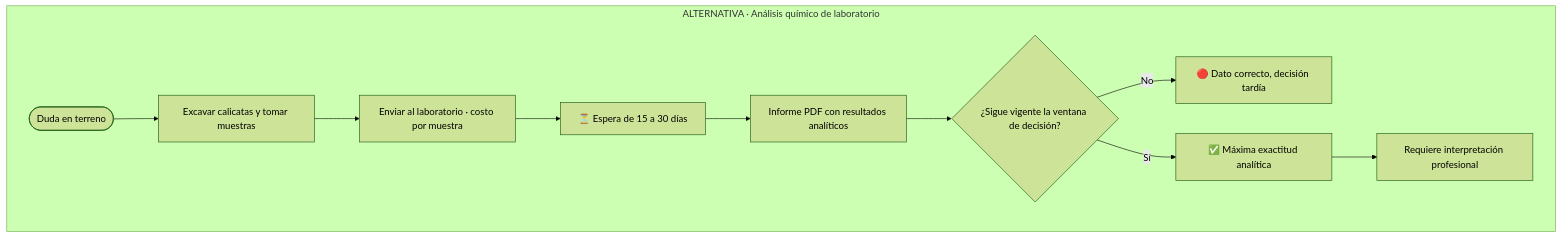
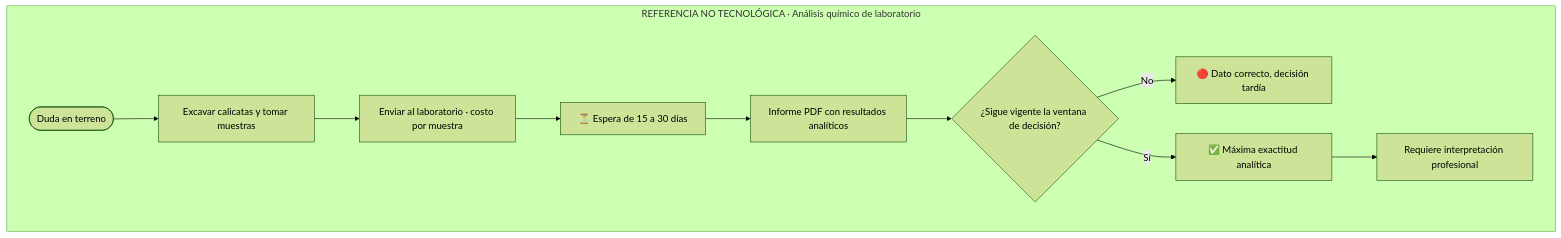
Before and after one commit to Alvarinhoooo7/TerraSence: the seventh of 10 diagrams in README.md, drawn with Mermaid (forest theme). The commit also changed other lines of this file, not shown here.

````diff
--- a/README.md
+++ b/README.md
@@ -897,13 +1175,13 @@
 ```mermaid
 flowchart TD
-    subgraph ALT_LAB["ALTERNATIVA · Análisis químico de laboratorio"]
+    subgraph ALT_LAB["REFERENCIA NO TECNOLÓGICA · Análisis químico de laboratorio"]
         L1([Duda en terreno]) --> L2[Excavar calicatas y tomar muestras]
         L2 --> L3[Enviar al laboratorio · costo por muestra]
         L3 --> L4[⏳ Espera de 15 a 30 días]
         L4 --> L5[Informe PDF con resultados analíticos]
         L5 --> L6{¿Sigue vigente la ventana de decisión?}
         L6 -- No --> L7[🔴 Dato correcto, decisión tardía]
         L6 -- Sí --> L8[✅ Máxima exactitud analítica]
         L8 --> L9[Requiere interpretación profesional]
     end
 ```
````
